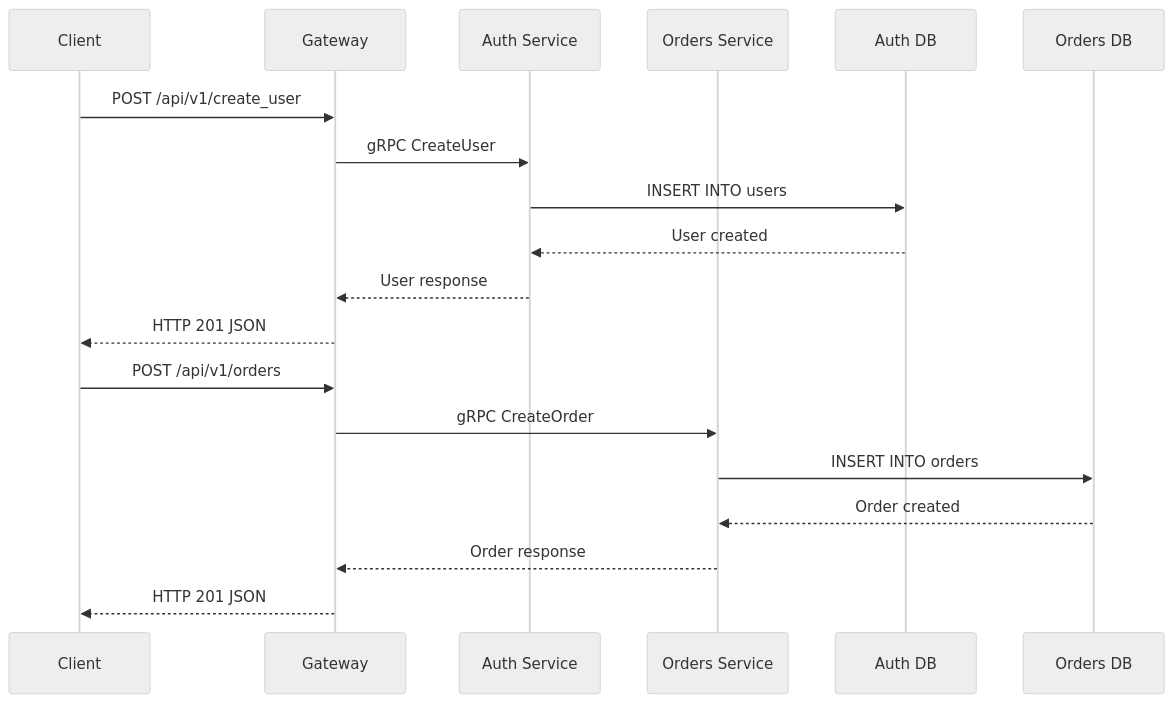
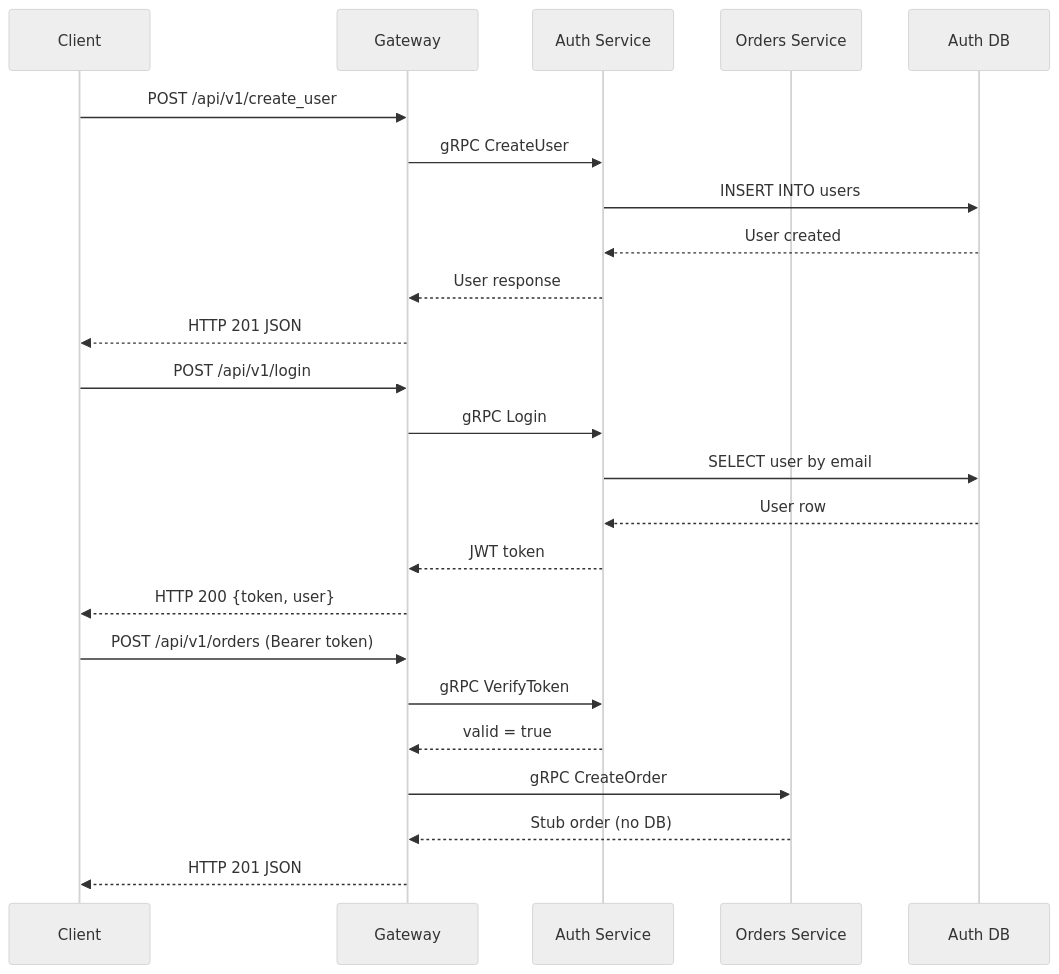
The second of 3 diagrams in architecture.md (Akene-Uzezi/ecommerce-microservice), drawn with Mermaid (neutral theme) before and after one commit. The commit also changed other lines of this file and 1 other file, not shown here.

````diff
--- a/architecture.md
+++ b/architecture.md
@@ -32,23 +30,29 @@
 ```mermaid
 sequenceDiagram
     participant C as Client
     participant G as Gateway
     participant A as Auth Service
     participant O as Orders Service
     participant ADB as Auth DB
-    participant ODB as Orders DB
 
     C->>G: POST /api/v1/create_user
     G->>A: gRPC CreateUser
     A->>ADB: INSERT INTO users
     ADB-->>A: User created
     A-->>G: User response
     G-->>C: HTTP 201 JSON
 
-    C->>G: POST /api/v1/orders
+    C->>G: POST /api/v1/login
+    G->>A: gRPC Login
+    A->>ADB: SELECT user by email
+    ADB-->>A: User row
+    A-->>G: JWT token
+    G-->>C: HTTP 200 {token, user}
+
+    C->>G: POST /api/v1/orders (Bearer token)
+    G->>A: gRPC VerifyToken
+    A-->>G: valid = true
     G->>O: gRPC CreateOrder
-    O->>ODB: INSERT INTO orders
-    ODB-->>O: Order created
-    O-->>G: Order response
+    O-->>G: Stub order (no DB)
     G-->>C: HTTP 201 JSON
 ```
````
